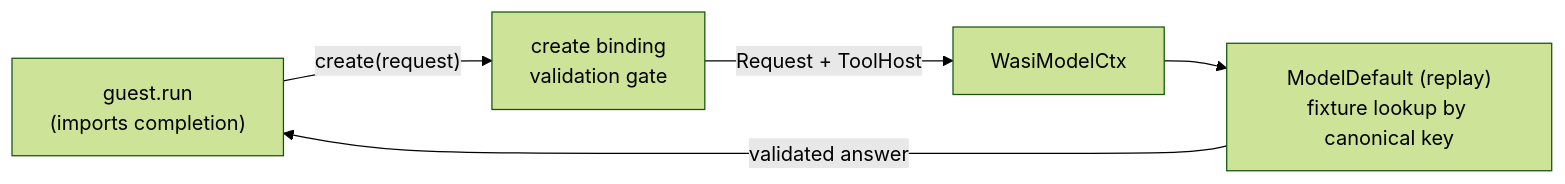
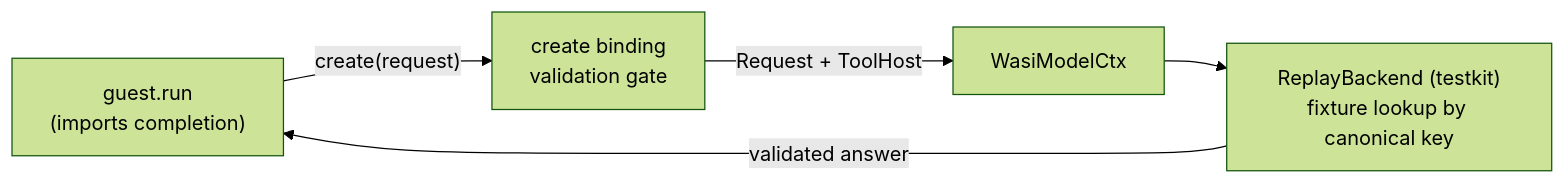
One commit to augentic/omnia changed the diagram in examples/model/README.md. Above: the diagram before and after it, drawn with Mermaid (forest theme). The commit also changed other lines of this file and 25 other files, not shown here.

Commit message:
refactor model replay testing

````diff
--- a/examples/model/README.md
+++ b/examples/model/README.md
@@ -14,7 +12,7 @@
 ```mermaid
 flowchart LR
   guest["guest.run<br/>(imports completion)"] -->|"create(request)"| bind["create binding<br/>validation gate"]
   bind -->|"Request + ToolHost"| ctx["WasiModelCtx"]
-  ctx --> replay["ModelDefault (replay)<br/>fixture lookup by canonical key"]
+  ctx --> replay["ReplayBackend (testkit)<br/>fixture lookup by canonical key"]
   replay -->|"validated answer"| guest
 ```
````
